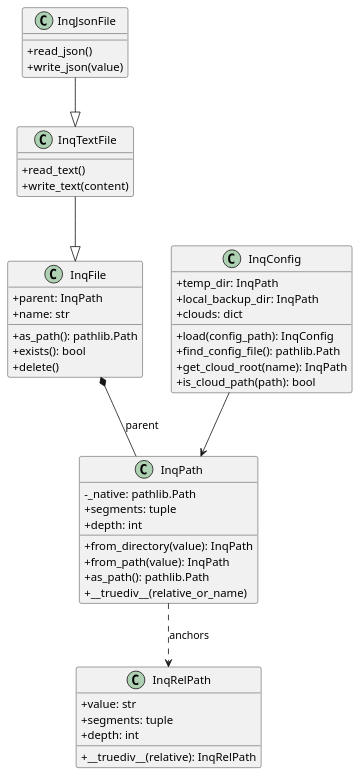
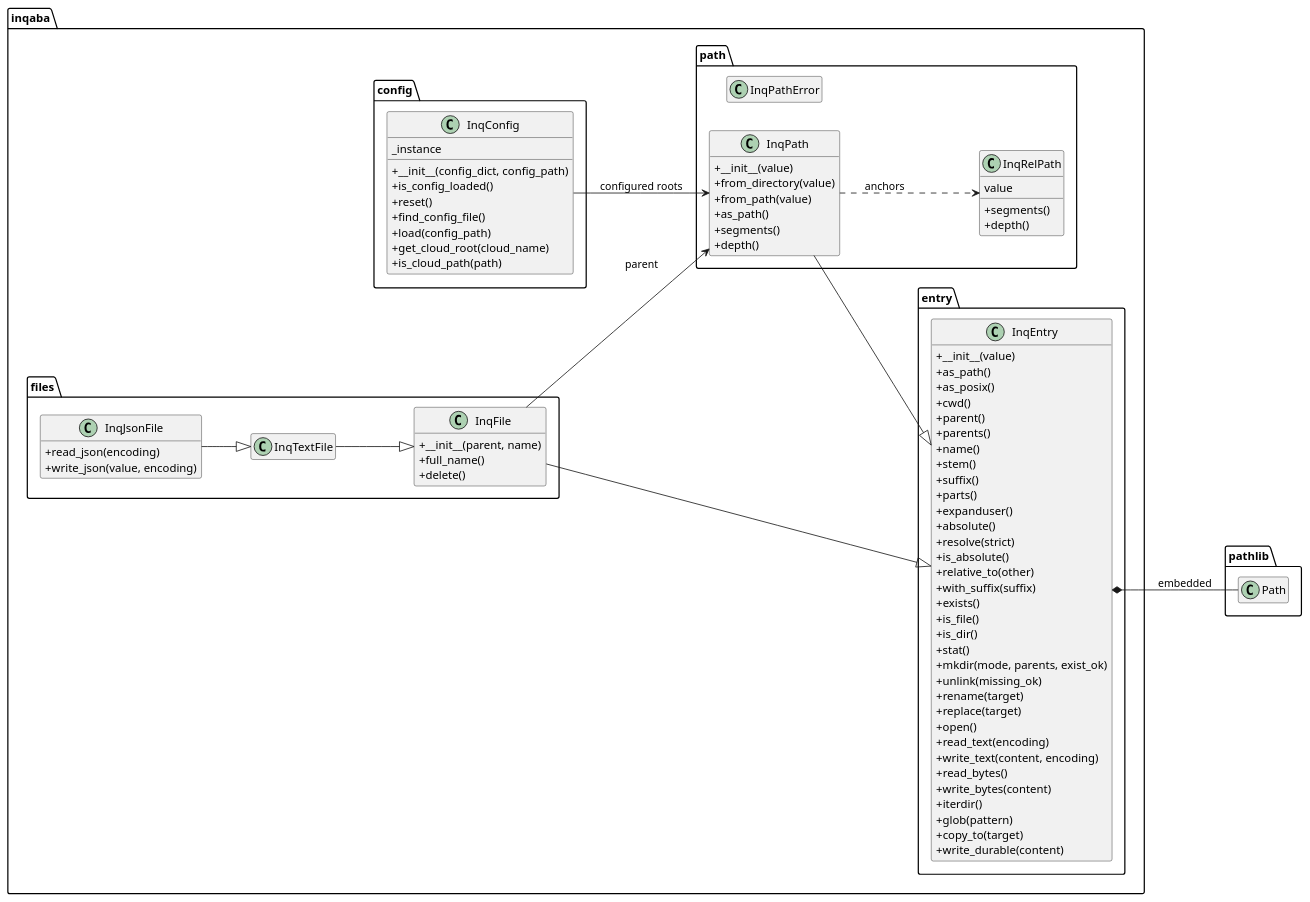
The diagram in doc/inqaba-class-diagram.puml (Burkhardt/inqaba), drawn with PlantUML before and after one commit. The commit also changed 15 other files, not shown here.

```diff
--- a/doc/inqaba-class-diagram.puml
+++ b/doc/inqaba-class-diagram.puml
@@ -1,54 +1,92 @@
 @startuml
 skinparam classAttributeIconSize 0
-
-class InqPath {
-  - _native: pathlib.Path
-  + from_directory(value): InqPath
-  + from_path(value): InqPath
-  + as_path(): pathlib.Path
-  + segments: tuple
-  + depth: int
-  + __truediv__(relative_or_name)
+hide empty members
+left to right direction
+package "inqaba.config" {
+class InqConfig {
+  _instance
+  + __init__(config_dict, config_path)
+  + is_config_loaded()
+  + reset()
+  + find_config_file()
+  + load(config_path)
+  + get_cloud_root(cloud_name)
+  + is_cloud_path(path)
 }
-
-class InqRelPath {
-  + value: str
-  + segments: tuple
-  + depth: int
-  + __truediv__(relative): InqRelPath
 }
-
+package "inqaba.entry" {
+class InqEntry {
+  + __init__(value)
+  + as_path()
+  + as_posix()
+  + cwd()
+  + parent()
+  + parents()
+  + name()
+  + stem()
+  + suffix()
+  + parts()
+  + expanduser()
+  + absolute()
+  + resolve(strict)
+  + is_absolute()
+  + relative_to(other)
+  + with_suffix(suffix)
+  + exists()
+  + is_file()
+  + is_dir()
+  + stat()
+  + mkdir(mode, parents, exist_ok)
+  + unlink(missing_ok)
+  + rename(target)
+  + replace(target)
+  + open()
+  + read_text(encoding)
+  + write_text(content, encoding)
+  + read_bytes()
+  + write_bytes(content)
+  + iterdir()
+  + glob(pattern)
+  + copy_to(target)
+  + write_durable(content)
+}
+}
+package "inqaba.files" {
 class InqFile {
-  + parent: InqPath
-  + name: str
-  + as_path(): pathlib.Path
-  + exists(): bool
+  + __init__(parent, name)
+  + full_name()
   + delete()
 }
-
 class InqTextFile {
-  + read_text()
-  + write_text(content)
 }
-
 class InqJsonFile {
-  + read_json()
-  + write_json(value)
+  + read_json(encoding)
+  + write_json(value, encoding)
 }
-
-class InqConfig {
-  + load(config_path): InqConfig
-  + find_config_file(): pathlib.Path
-  + get_cloud_root(name): InqPath
-  + is_cloud_path(path): bool
-  + temp_dir: InqPath
-  + local_backup_dir: InqPath
-  + clouds: dict
 }
-
-InqPath ..> InqRelPath : anchors
-InqFile *-- InqPath : parent
+package "inqaba.path" {
+class InqPathError {
+}
+class InqRelPath {
+  value
+  + segments()
+  + depth()
+}
+class InqPath {
+  + __init__(value)
+  + from_directory(value)
+  + from_path(value)
+  + as_path()
+  + segments()
+  + depth()
+}
+}
+InqFile --|> InqEntry
 InqTextFile --|> InqFile
 InqJsonFile --|> InqTextFile
-InqConfig --> InqPath
+InqPath --|> InqEntry
+InqFile --> InqPath : parent
+InqPath ..> InqRelPath : anchors
+InqConfig --> InqPath : configured roots
+InqEntry *-- "pathlib.Path" : embedded
 @enduml
```
